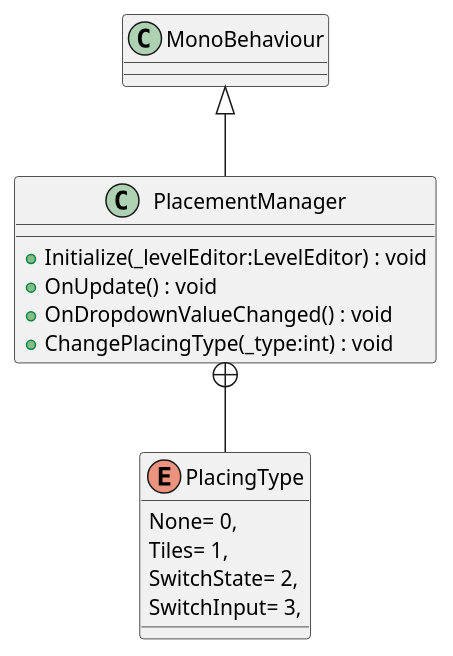
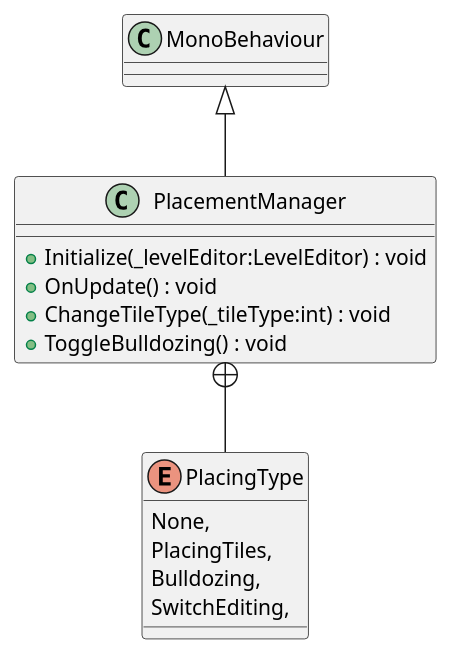
The diagram in UML/Loco_Loco_Editor/Assets/01_Scripts/PlacementManager.puml (Zaephus/Prod_Tools), drawn with PlantUML before and after one commit. The commit also changed 26 other files, not shown here.

Commit message:
Generate UML (Generate UML)

```diff
--- a/UML/Loco_Loco_Editor/Assets/01_Scripts/PlacementManager.puml
+++ b/UML/Loco_Loco_Editor/Assets/01_Scripts/PlacementManager.puml
@@ -1,16 +1,16 @@
 @startuml
 class PlacementManager {
     + Initialize(_levelEditor:LevelEditor) : void
     + OnUpdate() : void
-    + OnDropdownValueChanged() : void
-    + ChangePlacingType(_type:int) : void
+    + ChangeTileType(_tileType:int) : void
+    + ToggleBulldozing() : void
 }
 enum PlacingType {
-    None= 0,
-    Tiles= 1,
-    SwitchState= 2,
-    SwitchInput= 3,
+    None,
+    PlacingTiles,
+    Bulldozing,
+    SwitchEditing,
 }
 MonoBehaviour <|-- PlacementManager
 PlacementManager +-- PlacingType
 @enduml
```
